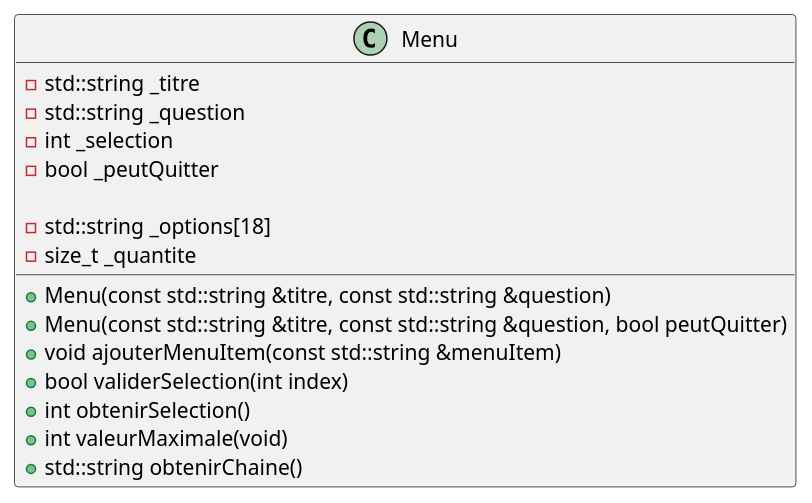
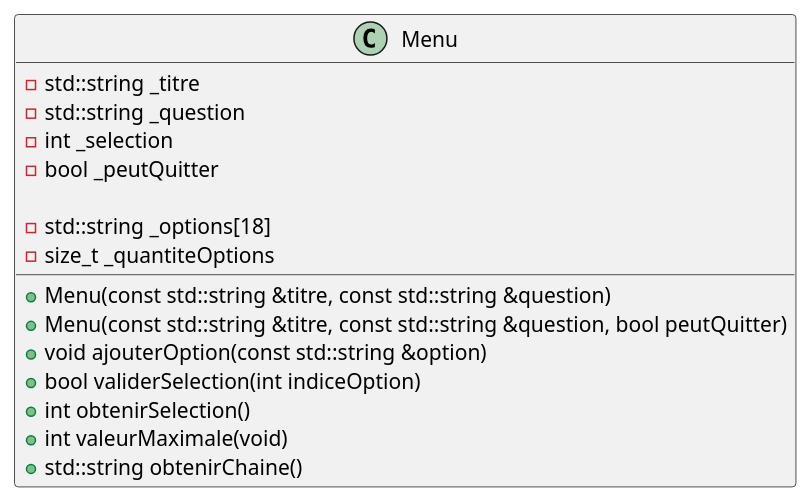
Before and after one commit to plbrault/420-SF2-RE: the sixth of 6 diagrams in laboratoires/lab02-oop1/consignes/lab02.md, drawn with PlantUML. The commit also changed other lines of this file and 5 other files, not shown here.

````diff
--- a/laboratoires/lab02-oop1/consignes/lab02.md
+++ b/laboratoires/lab02-oop1/consignes/lab02.md
@@ -691,21 +691,21 @@
 ```plantuml
 @startuml
 class Menu {
     - std::string _titre
     - std::string _question
     - int _selection
     - bool _peutQuitter
 
     - std::string _options[18]
-    - size_t _quantite
+    - size_t _quantiteOptions
 
     + Menu(const std::string &titre, const std::string &question)
     + Menu(const std::string &titre, const std::string &question, bool peutQuitter)
-    + void ajouterMenuItem(const std::string &menuItem)
-    + bool validerSelection(int index)
+    + void ajouterOption(const std::string &option)
+    + bool validerSelection(int indiceOption)
     + int obtenirSelection()
     + int valeurMaximale(void)
     + std::string obtenirChaine()
 }
 @enduml
 ```
````
